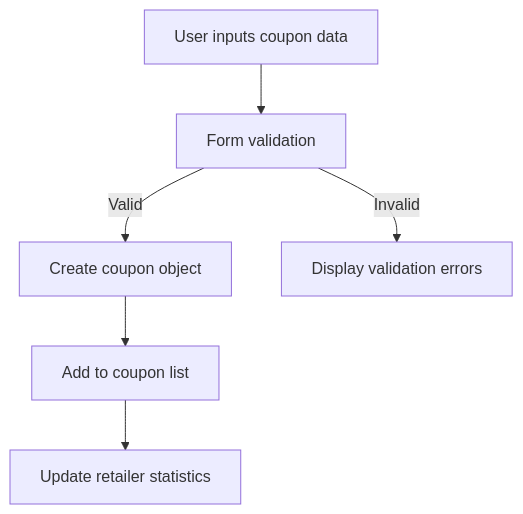
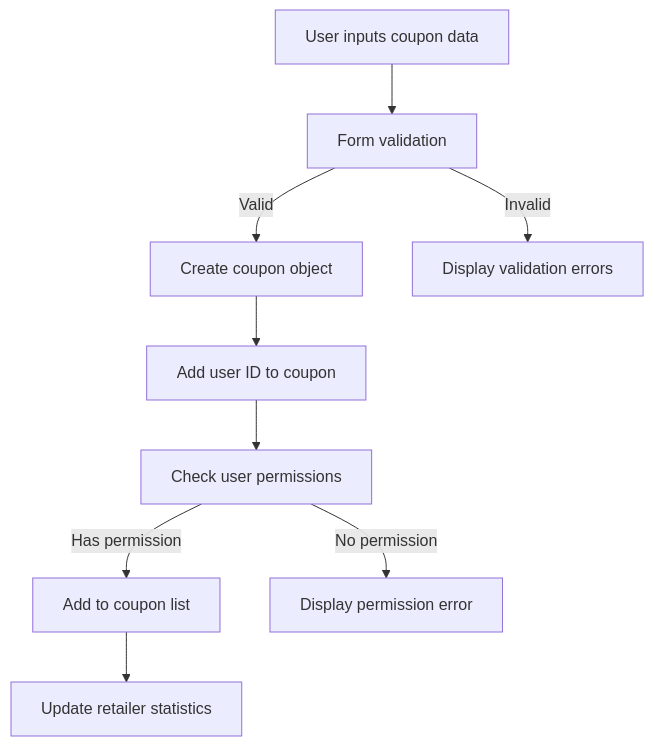
One commit to cazzoo/CouponManager changed the first of 3 diagrams in docs/data-models.md. Above: the diagram before and after it, drawn with Mermaid. The commit also changed other lines of this file and 52 other files, not shown here.

````diff
--- a/docs/data-models.md
+++ b/docs/data-models.md
@@ -159,8 +231,11 @@
 ```mermaid
 graph TD
     A[User inputs coupon data] --> B[Form validation]
     B -->|Valid| C[Create coupon object]
-    C --> D[Add to coupon list]
+    C --> P[Add user ID to coupon]
+    P --> Q[Check user permissions]
+    Q -->|Has permission| D[Add to coupon list]
     D --> E[Update retailer statistics]
     B -->|Invalid| F[Display validation errors]
+    Q -->|No permission| G[Display permission error]
 ```
````
